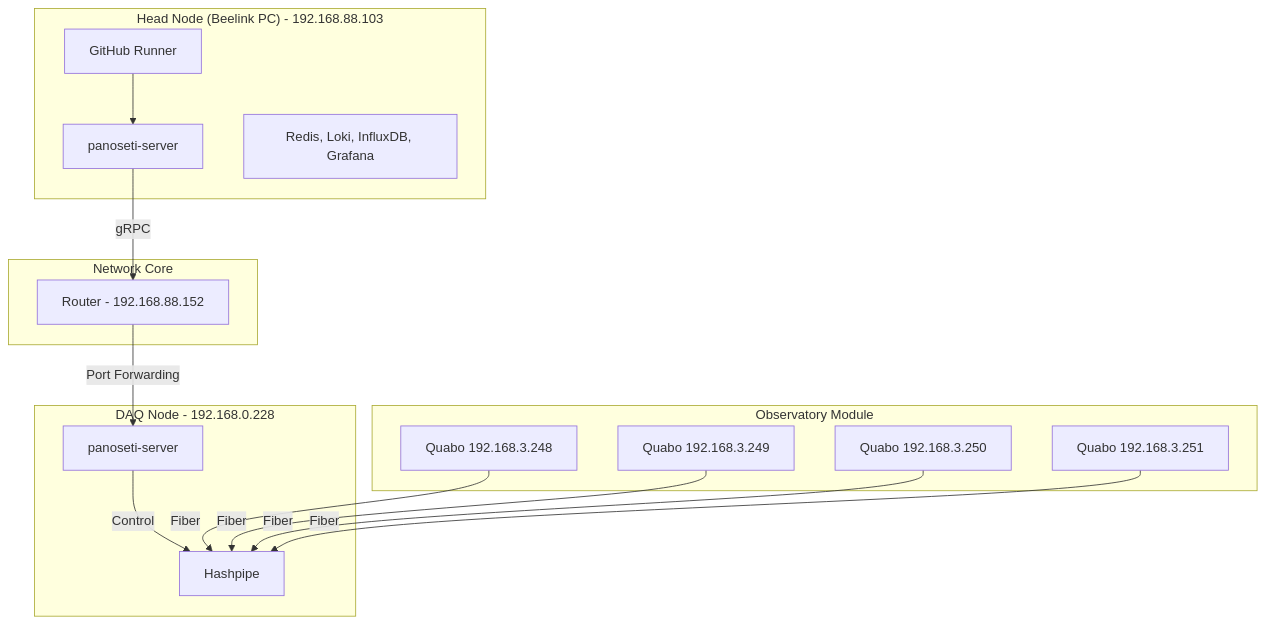
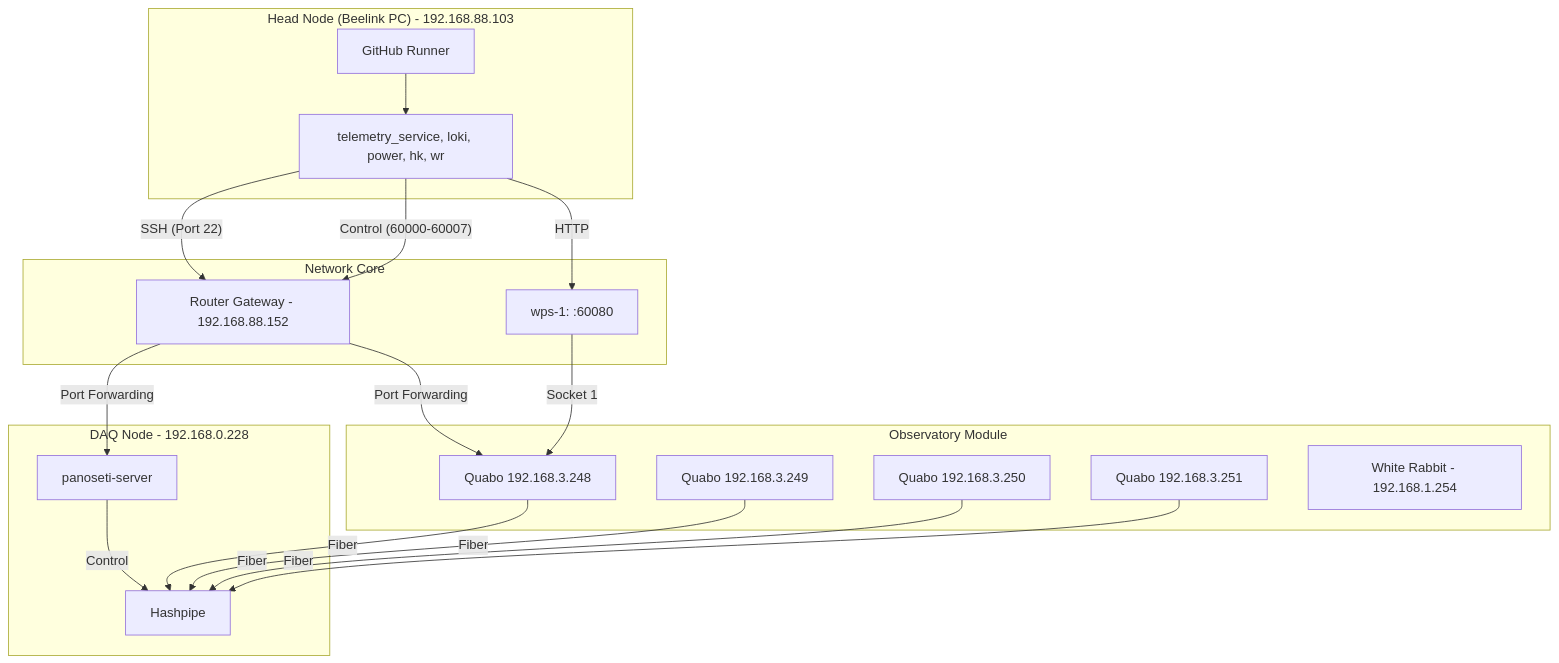
The diagram in control/TEST-HW-SW.md (panoseti/panoseti), drawn with Mermaid before and after one commit. The commit also changed other lines of this file and 9 other files, not shown here.

````diff
--- a/control/TEST-HW-SW.md
+++ b/control/TEST-HW-SW.md
@@ -9,30 +9,35 @@
 ```mermaid
 graph TD
     subgraph "Head Node (Beelink PC) - 192.168.88.103"
-        HN_S[panoseti-server]
-        HN_D[Redis, Loki, InfluxDB, Grafana]
+        HN_S[telemetry_service, loki, power, hk, wr]
         GHR[GitHub Runner]
     end
 
     subgraph "Network Core"
-        R[Router - 192.168.88.152]
+        R[Router Gateway - 192.168.88.152]
+        WPS[wps-1: :60080]
     end
 
     subgraph "DAQ Node - 192.168.0.228"
         DN_S[panoseti-server]
         HP[Hashpipe]
     end
 
     subgraph "Observatory Module"
         Q1[Quabo 192.168.3.248]
         Q2[Quabo 192.168.3.249]
         Q3[Quabo 192.168.3.250]
         Q4[Quabo 192.168.3.251]
+        WR[White Rabbit - 192.168.1.254]
     end
 
     GHR --> HN_S
-    HN_S -- gRPC --> R
-    R -- Port Forwarding --> DN_S
-    DN_S -- Control --> HP
-    Q1 & Q2 & Q3 & Q4 -- Fiber --> HP
+    HN_S -- "SSH (Port 22)" --> R
+    R -- "Port Forwarding" --> DN_S
+    HN_S -- "Control (60000-60007)" --> R
+    R -- "Port Forwarding" --> Q1
+    HN_S -- "HTTP" --> WPS
+    DN_S -- "Control" --> HP
+    Q1 & Q2 & Q3 & Q4 -- "Fiber" --> HP
+    WPS -- "Socket 1" --> Q1
 ```
````
